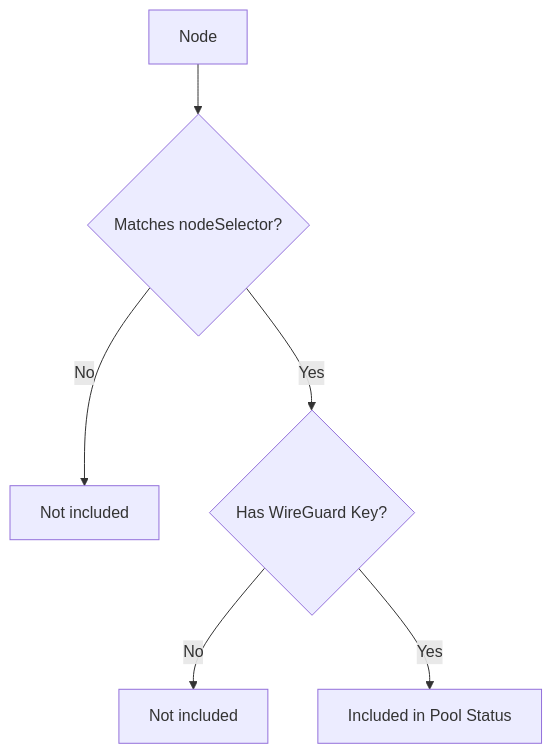
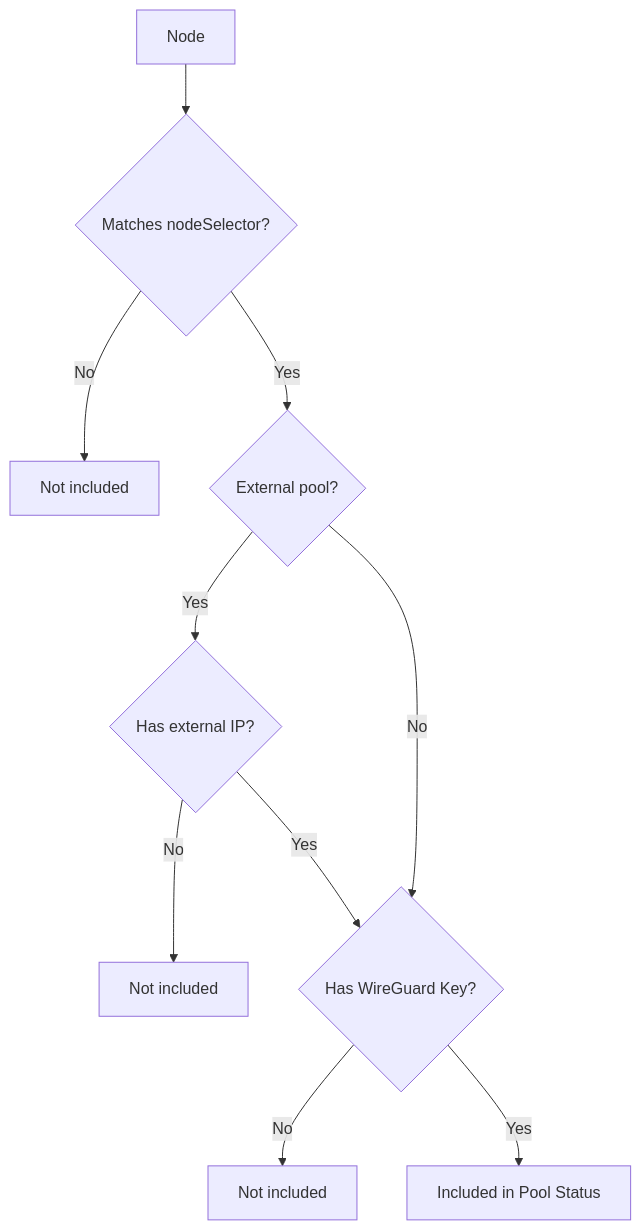
The third of 6 diagrams in docs/net/custom-resources.md (Azure/unbounded), drawn with Mermaid before and after one commit. The commit also changed other lines of this file and 38 other files, not shown here.

````diff
--- a/docs/net/custom-resources.md
+++ b/docs/net/custom-resources.md
@@ -375,8 +375,12 @@
 ```mermaid
 flowchart TD
     N[Node] --> L{Matches nodeSelector?}
     L -->|No| X1[Not included]
-    L -->|Yes| W{Has WireGuard Key?}
+    L -->|Yes| E{External pool?}
+    E -->|Yes| I{Has external IP?}
+    I -->|No| X2[Not included]
+    I -->|Yes| W{Has WireGuard Key?}
+    E -->|No| W
     W -->|No| X3[Not included]
     W -->|Yes| OK[Included in Pool Status]
 ```
````
